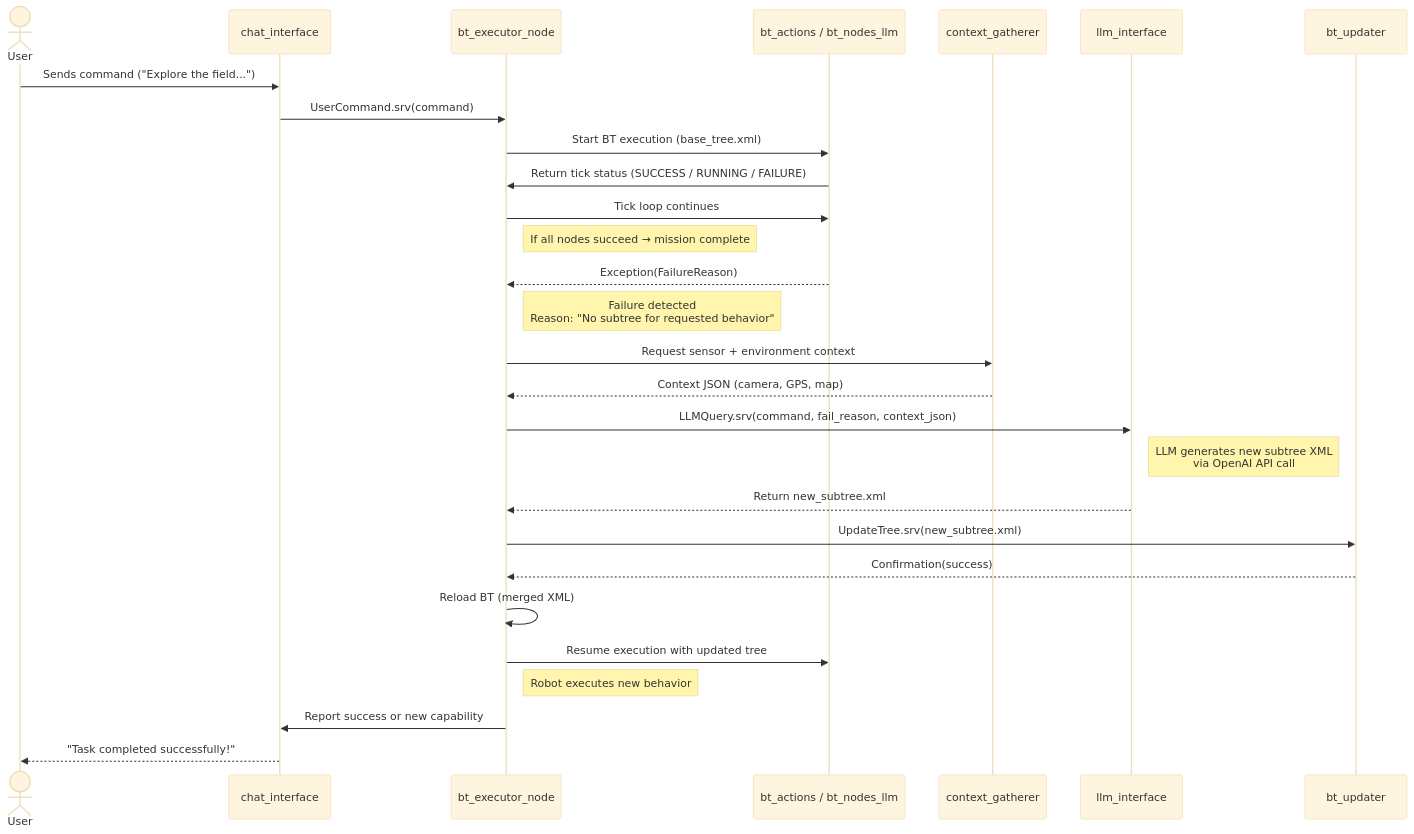
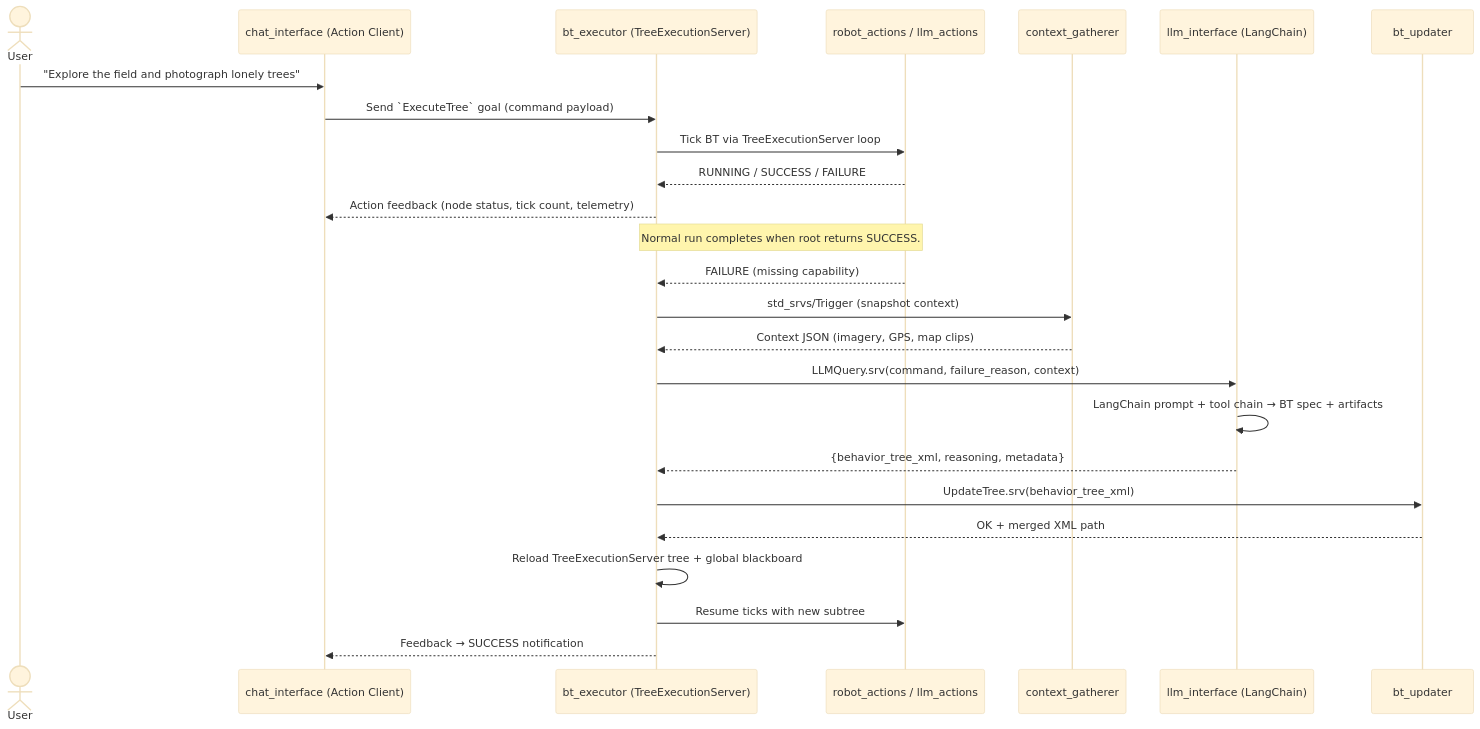
One commit to mounteverset/generalist_bt_gen changed the diagram in architecture.md. Above: the diagram before and after it, drawn with Mermaid (base theme). The commit also changed other lines of this file and 3 other files, not shown here.

````diff
--- a/architecture.md
+++ b/architecture.md
@@ -114,44 +33,30 @@
 ```mermaid
 sequenceDiagram
-    %% Actors and Nodes
     actor User
-    participant ChatInterface as chat_interface
-    participant BTExecutor as bt_executor_node
-    participant BTNodes as bt_actions / bt_nodes_llm
-    participant Context as context_gatherer
-    participant LLM as llm_interface
-    participant Updater as bt_updater
+    participant UI as chat_interface (Action Client)
+    participant Exec as bt_executor (TreeExecutionServer)
+    participant Skills as robot_actions / llm_actions
+    participant Ctx as context_gatherer
+    participant LLM as llm_interface (LangChain)
+    participant Upd as bt_updater
 
-    %% User command flow
-    User->>ChatInterface: Sends command ("Explore the field...")
-    ChatInterface->>BTExecutor: UserCommand.srv(command)
-    BTExecutor->>BTNodes: Start BT execution (base_tree.xml)
-    BTNodes->>BTExecutor: Return tick status (SUCCESS / RUNNING / FAILURE)
+    User->>UI: "Explore the field and photograph lonely trees"
+    UI->>Exec: Send `ExecuteTree` goal (command payload)
+    Exec->>Skills: Tick BT via TreeExecutionServer loop
+    Skills-->>Exec: RUNNING / SUCCESS / FAILURE
+    Exec-->>UI: Action feedback (node status, tick count, telemetry)
 
-    %% Normal execution
-    BTExecutor->>BTNodes: Tick loop continues
-    note right of BTExecutor: If all nodes succeed → mission complete
+    Note over Exec,Skills: Normal run completes when root returns SUCCESS.
 
-    %% Failure and LLM loop
-    BTNodes-->>BTExecutor: Exception(FailureReason)
-    note right of BTExecutor: Failure detected<br/>Reason: "No subtree for requested behavior"
-
-    BTExecutor->>Context: Request sensor + environment context
-    Context-->>BTExecutor: Context JSON (camera, GPS, map)
-
-    BTExecutor->>LLM: LLMQuery.srv(command, fail_reason, context_json)
-    note right of LLM: LLM generates new subtree XML<br/>via OpenAI API call
-
-    LLM-->>BTExecutor: Return new_subtree.xml
-
-    BTExecutor->>Updater: UpdateTree.srv(new_subtree.xml)
-    Updater-->>BTExecutor: Confirmation(success)
-
-    BTExecutor->>BTExecutor: Reload BT (merged XML)
-    BTExecutor->>BTNodes: Resume execution with updated tree
-    note right of BTExecutor: Robot executes new behavior
-
-    %% Optional: Loop continuation
-    BTExecutor->>ChatInterface: Report success or new capability
-    ChatInterface-->>User: "Task completed successfully!"
+    Skills-->>Exec: FAILURE (missing capability)
+    Exec->>Ctx: std_srvs/Trigger (snapshot context)
+    Ctx-->>Exec: Context JSON (imagery, GPS, map clips)
+    Exec->>LLM: LLMQuery.srv(command, failure_reason, context)
+    LLM->>LLM: LangChain prompt + tool chain → BT spec + artifacts
+    LLM-->>Exec: {behavior_tree_xml, reasoning, metadata}
+    Exec->>Upd: UpdateTree.srv(behavior_tree_xml)
+    Upd-->>Exec: OK + merged XML path
+    Exec->>Exec: Reload TreeExecutionServer tree + global blackboard
+    Exec->>Skills: Resume ticks with new subtree
+    Exec-->>UI: Feedback → SUCCESS notification
 ```
````
